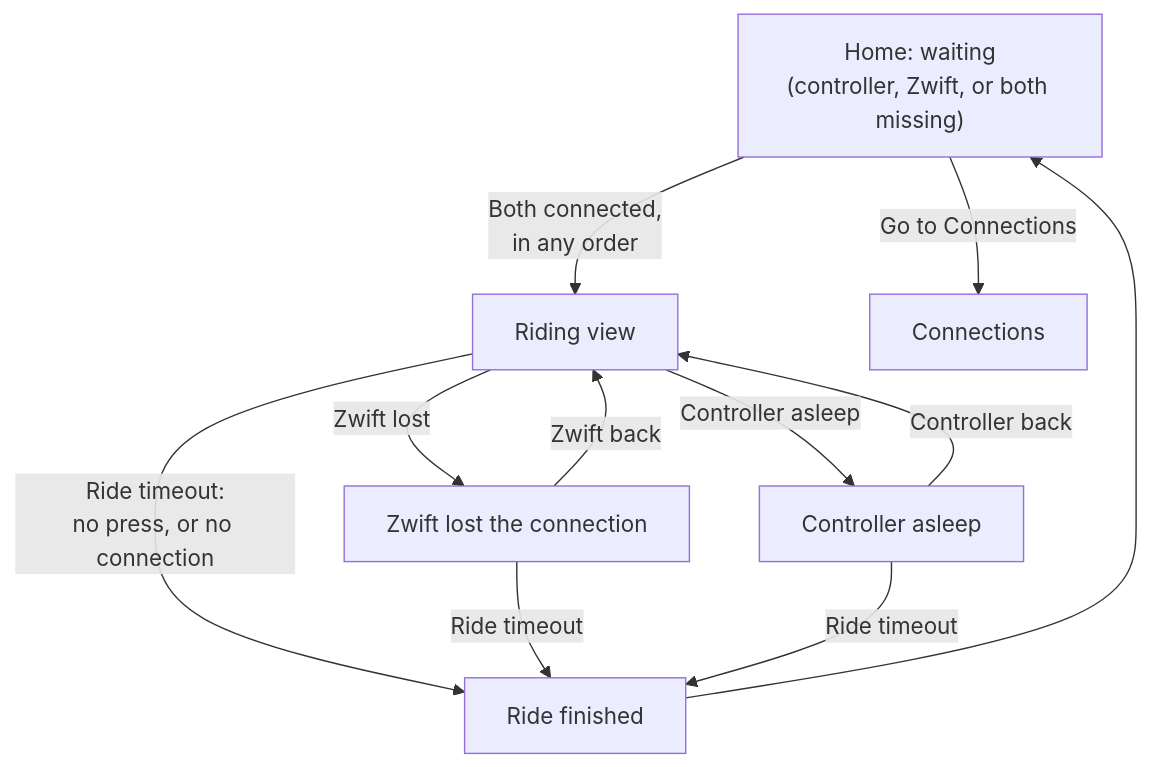
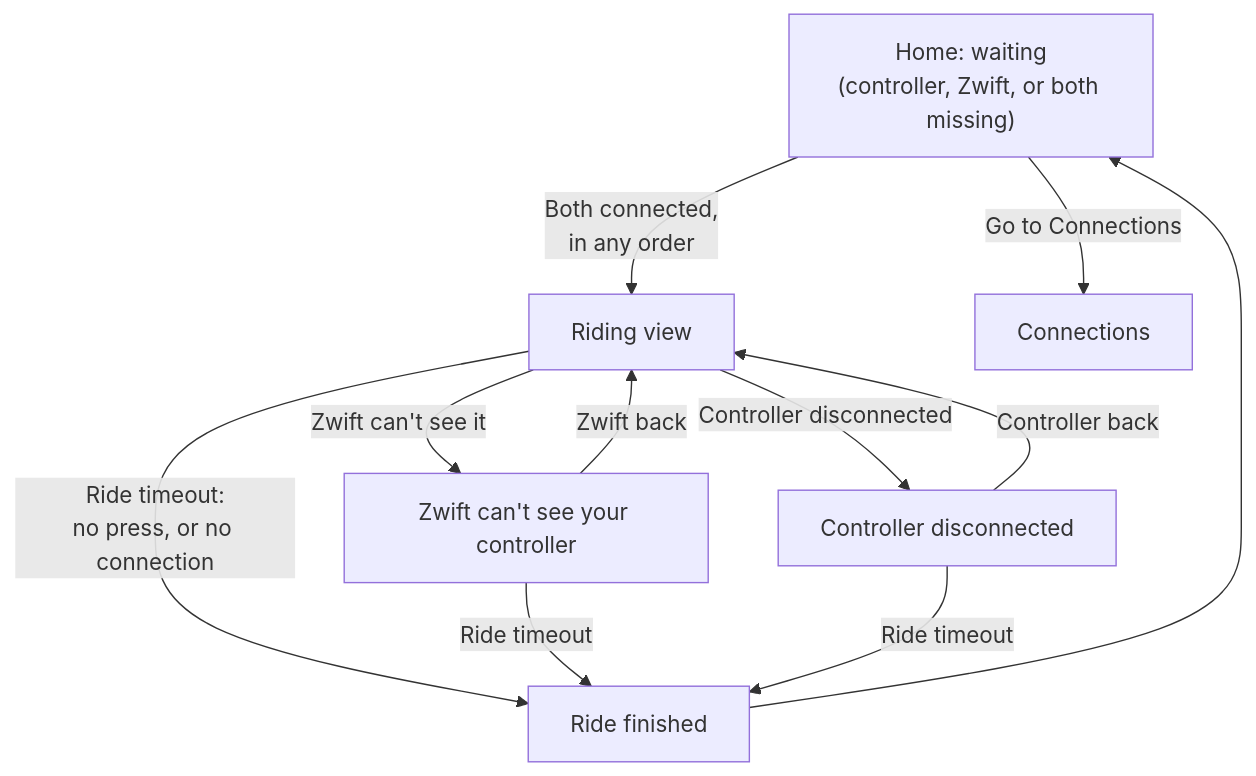
The diagram in docs/spec/screens/ride.md (VoltageSolutions/GameControllerForZwift), drawn with Mermaid before and after one commit. The commit also changed other lines of this file and 23 other files, not shown here.

````diff
--- a/docs/spec/screens/ride.md
+++ b/docs/spec/screens/ride.md
@@ -14,13 +14,13 @@
 ```mermaid
 flowchart TD
     W["Home: waiting<br/>(controller, Zwift, or both missing)"] -->|"Both connected,<br/>in any order"| R["Riding view"]
     W -->|"Go to Connections"| C["Connections"]
-    R -->|"Zwift lost"| L["Zwift lost the connection"]
-    R -->|"Controller asleep"| S["Controller asleep"]
+    R -->|"Zwift can't see it"| L["Zwift can't see your controller"]
+    R -->|"Controller disconnected"| S["Controller disconnected"]
     L -->|"Zwift back"| R
     S -->|"Controller back"| R
     R -->|"Ride timeout:<br/>no press, or no connection"| F["Ride finished"]
     L -->|"Ride timeout"| F
     S -->|"Ride timeout"| F
     F --> W
 ```
````
